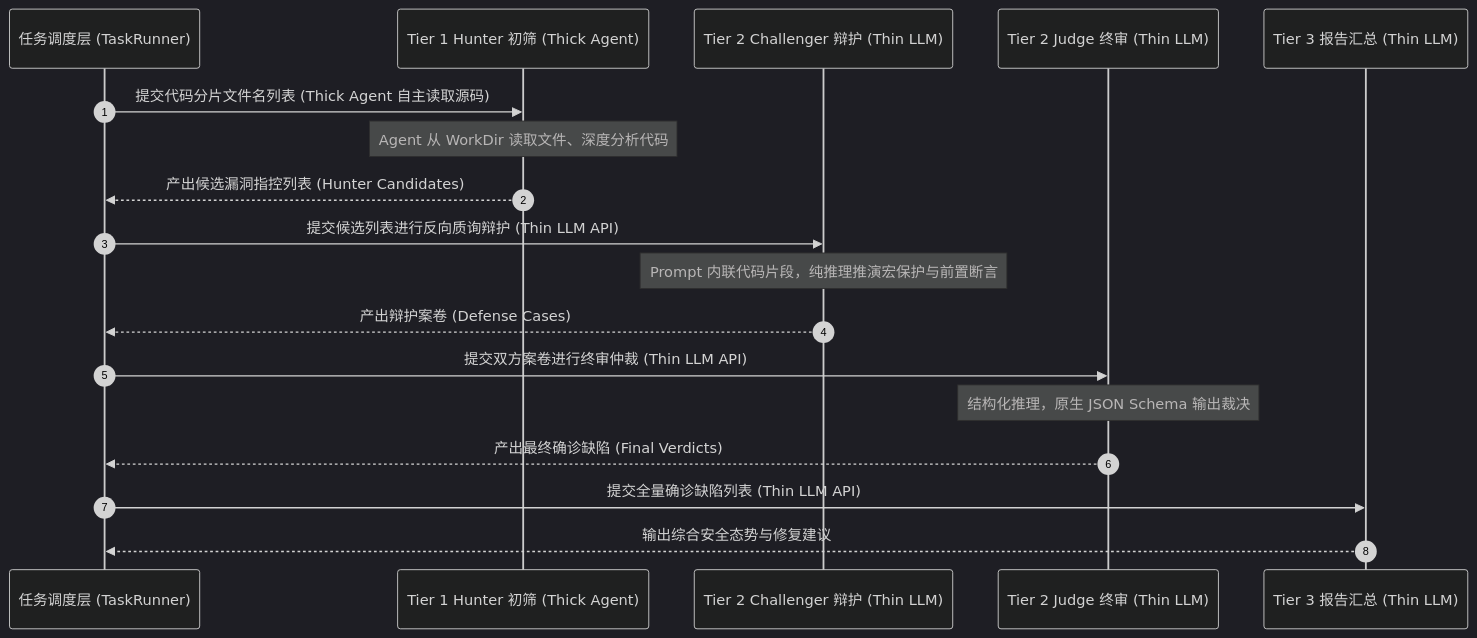
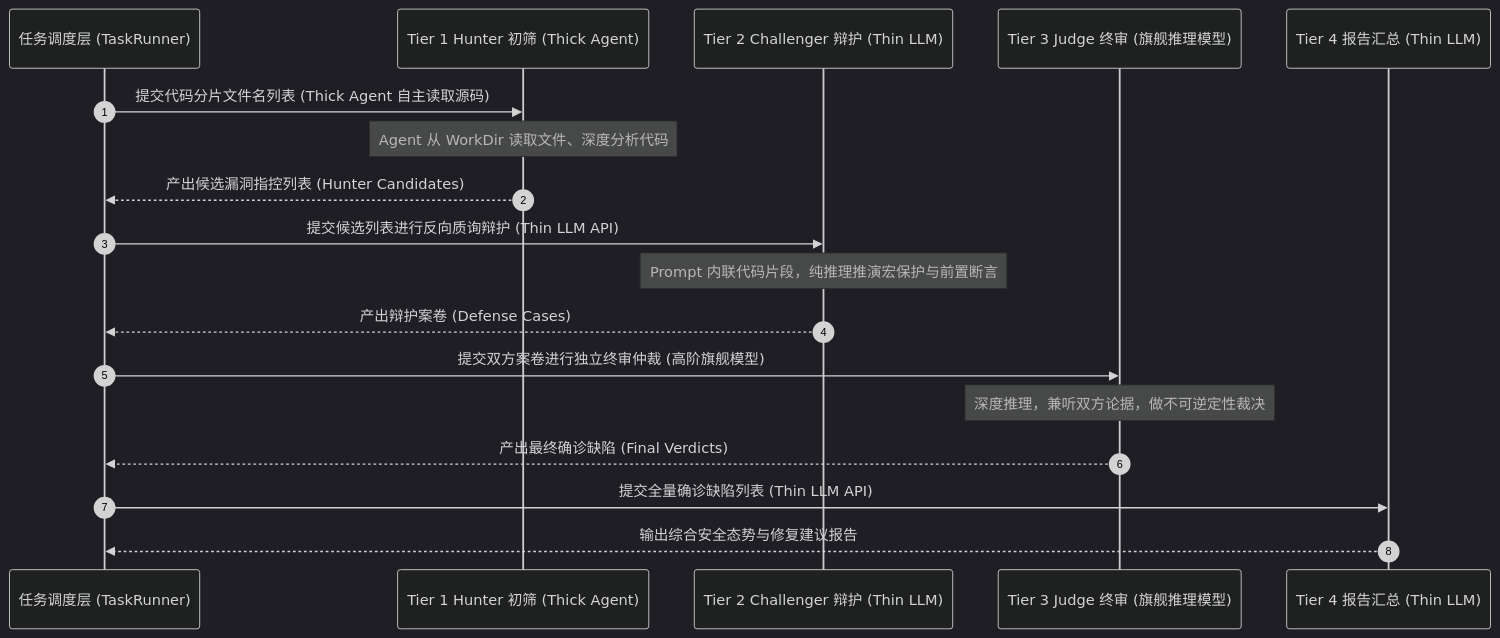
Before and after one commit to fugui/code-shield: the third of 6 diagrams in docs/02-architecture/02-scanner-engines/02-原生LLM轻量执行引擎与动静分离混合调用设计.md, drawn with Mermaid (dark theme). The commit also changed other lines of this file and 6 other files, not shown here.

````diff
--- a/docs/02-architecture/02-scanner-engines/02-原生LLM轻量执行引擎与动静分离混合调用设计.md
+++ b/docs/02-architecture/02-scanner-engines/02-原生LLM轻量执行引擎与动静分离混合调用设计.md
@@ -111,24 +111,24 @@
 ```mermaid
 sequenceDiagram
     autonumber
     participant Task as 任务调度层 (TaskRunner)
     participant Tier1_H as Tier 1 Hunter 初筛 (Thick Agent)
     participant Tier2_C as Tier 2 Challenger 辩护 (Thin LLM)
-    participant Tier2_J as Tier 2 Judge 终审 (Thin LLM)
-    participant Tier3_S as Tier 3 报告汇总 (Thin LLM)
+    participant Tier3_J as Tier 3 Judge 终审 (旗舰推理模型)
+    participant Tier4_S as Tier 4 报告汇总 (Thin LLM)
 
     Task->>Tier1_H: 提交代码分片文件名列表 (Thick Agent 自主读取源码)
     Note over Tier1_H: Agent 从 WorkDir 读取文件、深度分析代码
     Tier1_H-->>Task: 产出候选漏洞指控列表 (Hunter Candidates)
 
     Task->>Tier2_C: 提交候选列表进行反向质询辩护 (Thin LLM API)
     Note over Tier2_C: Prompt 内联代码片段，纯推理推演宏保护与前置断言
     Tier2_C-->>Task: 产出辩护案卷 (Defense Cases)
 
-    Task->>Tier2_J: 提交双方案卷进行终审仲裁 (Thin LLM API)
-    Note over Tier2_J: 结构化推理，原生 JSON Schema 输出裁决
-    Tier2_J-->>Task: 产出最终确诊缺陷 (Final Verdicts)
+    Task->>Tier3_J: 提交双方案卷进行独立终审仲裁 (高阶旗舰模型)
+    Note over Tier3_J: 深度推理，兼听双方论据，做不可逆定性裁决
+    Tier3_J-->>Task: 产出最终确诊缺陷 (Final Verdicts)
 
-    Task->>Tier3_S: 提交全量确诊缺陷列表 (Thin LLM API)
-    Tier3_S-->>Task: 输出综合安全态势与修复建议
+    Task->>Tier4_S: 提交全量确诊缺陷列表 (Thin LLM API)
+    Tier4_S-->>Task: 输出综合安全态势与修复建议报告
 ```
````
